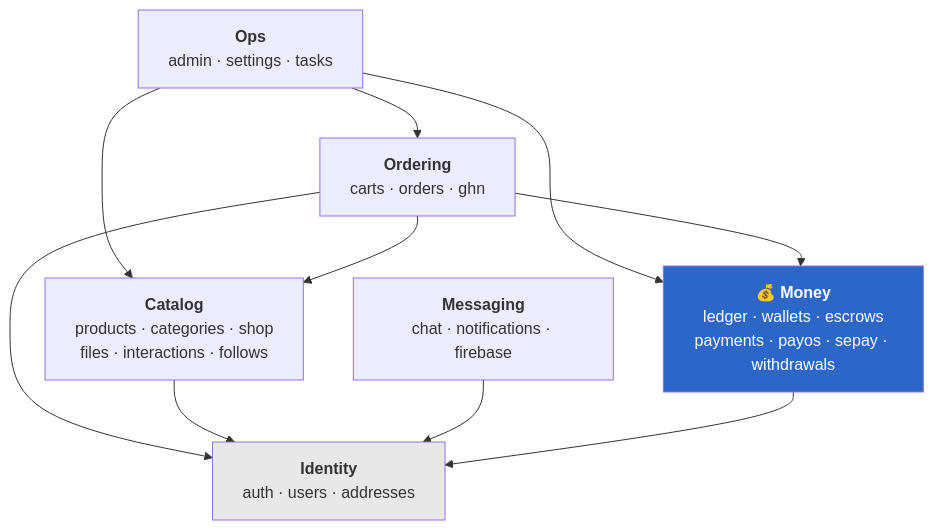
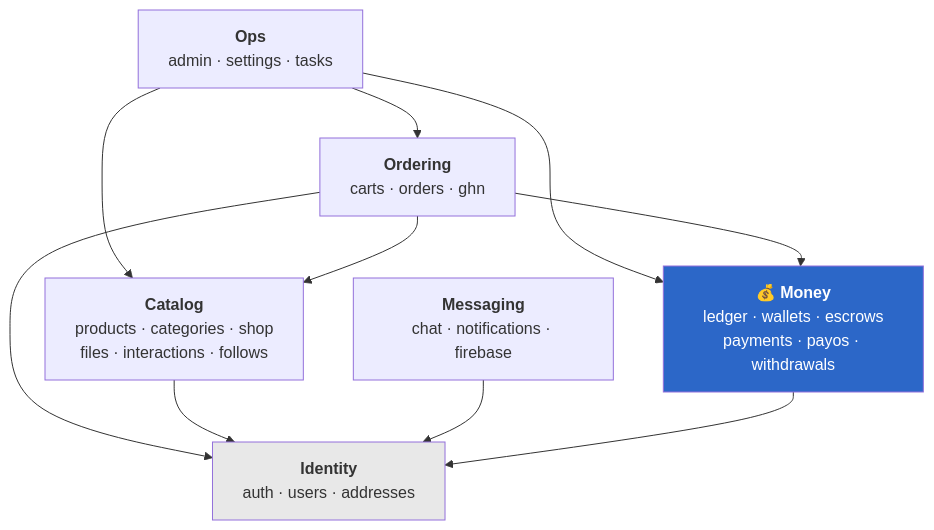
One commit to tdat-dev/Zoldify_Backend changed the third of 18 diagrams in docs/system-design/2026-08-06-zoldify-diagrams.md. Above: the diagram before and after it, drawn with Mermaid. The commit also changed other lines of this file and 11 other files, not shown here.

````diff
--- a/docs/system-design/2026-08-06-zoldify-diagrams.md
+++ b/docs/system-design/2026-08-06-zoldify-diagrams.md
@@ -162,24 +160,24 @@
 ```mermaid
 flowchart TB
     ops["<b>Ops</b><br/>admin · settings · tasks"]
     ordering["<b>Ordering</b><br/>carts · orders · ghn"]
     catalog["<b>Catalog</b><br/>products · categories · shop<br/>files · interactions · follows"]
-    money["<b>💰 Money</b><br/>ledger · wallets · escrows<br/>payments · payos · sepay · withdrawals"]
+    money["<b>💰 Money</b><br/>ledger · wallets · escrows<br/>payments · payos · withdrawals"]
     messaging["<b>Messaging</b><br/>chat · notifications · firebase"]
     identity["<b>Identity</b><br/>auth · users · addresses"]
 
     ops --> ordering
     ops --> money
     ops --> catalog
 
     ordering --> catalog
     ordering --> money
     ordering --> identity
 
     catalog --> identity
     messaging --> identity
     money --> identity
 
     style money fill:#2C67C8,color:#fff
     style identity fill:#e8e8e8
 ```
````
